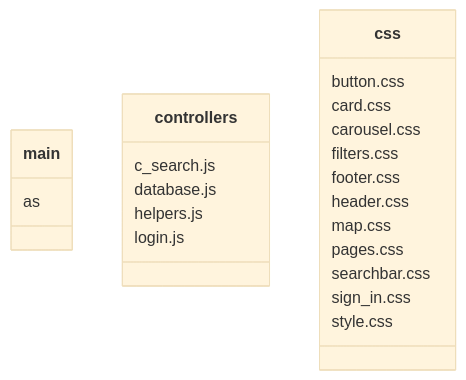
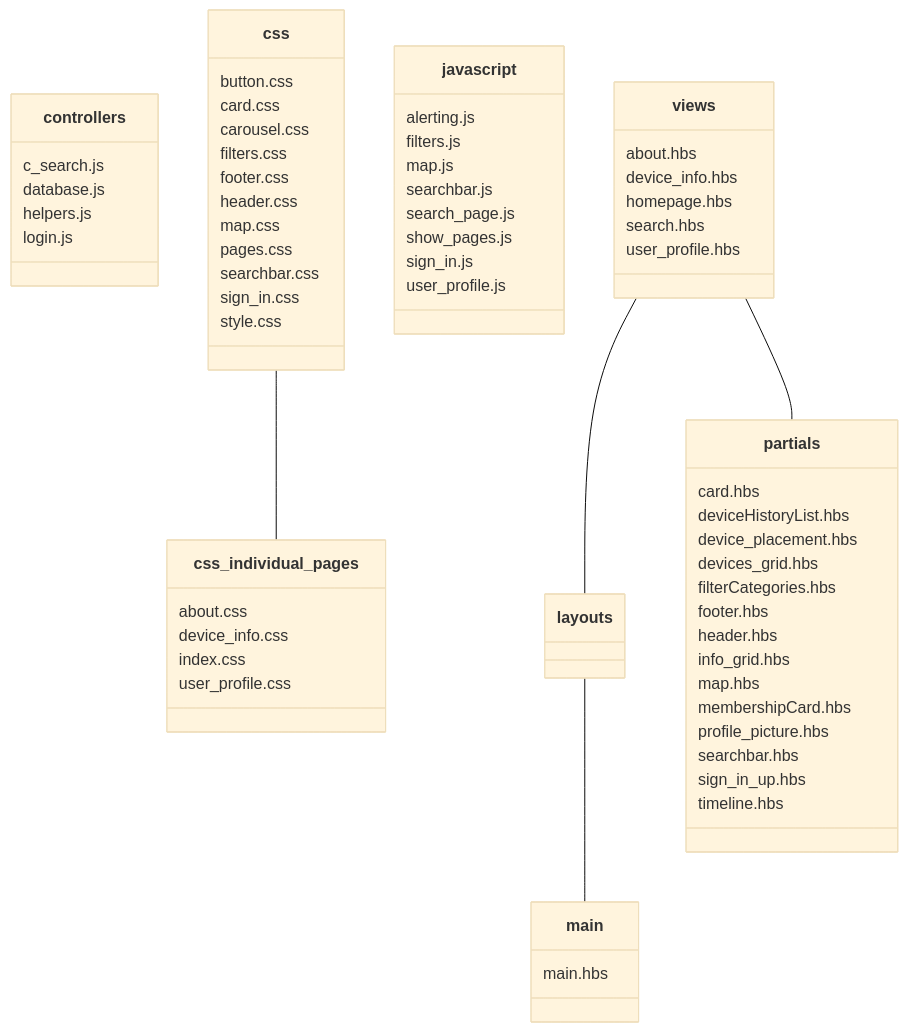
One commit to nikolasfil/IOT-Project-2023 changed the first of 2 diagrams in docs/documentation/general_documentation/node-website-hbs-call-graph.md. Above: the diagram before and after it, drawn with Mermaid (base theme). The commit also changed other lines of this file and 2 other files, not shown here.

````diff
--- a/docs/documentation/general_documentation/node-website-hbs-call-graph.md
+++ b/docs/documentation/general_documentation/node-website-hbs-call-graph.md
@@ -2,31 +4,79 @@
 ```mermaid
 classDiagram 
 
-%% Layouts %%
 
-main: as
 
 %% Controllers  %%
 
 controllers : c_search.js
 controllers : database.js
 controllers : helpers.js
 controllers : login.js
 
 %% Public   %%
+
+%% CSS   %%
 
 css : button.css
 css : card.css
 css : carousel.css
 css : filters.css
 css : footer.css
 css : header.css
 css : map.css
 css : pages.css
 css : searchbar.css
 css : sign_in.css
 css : style.css
 
+css -- css_individual_pages 
+css_individual_pages : about.css
+css_individual_pages : device_info.css
+css_individual_pages : index.css
+css_individual_pages : user_profile.css
+
 %% javascript : %%
 
+javascript : alerting.js
+javascript : filters.js
+javascript : map.js
+javascript : searchbar.js
+javascript : search_page.js
+javascript : show_pages.js
+javascript : sign_in.js
+javascript : user_profile.js
+
+
+%% Views  %%
+
+views : about.hbs
+views : device_info.hbs
+views : homepage.hbs
+views : search.hbs
+views : user_profile.hbs
+
+%% Layouts %%
+
+views -- layouts 
+layouts -- main
+main: main.hbs
+
+%% Partials  %%
+
+views -- partials
+partials : card.hbs
+partials : deviceHistoryList.hbs
+partials : device_placement.hbs
+partials : devices_grid.hbs
+partials : filterCategories.hbs
+partials : footer.hbs
+partials : header.hbs
+partials : info_grid.hbs
+partials : map.hbs
+partials : membershipCard.hbs
+partials : profile_picture.hbs
+partials : searchbar.hbs
+partials : sign_in_up.hbs
+partials : timeline.hbs
+
 ```
````
